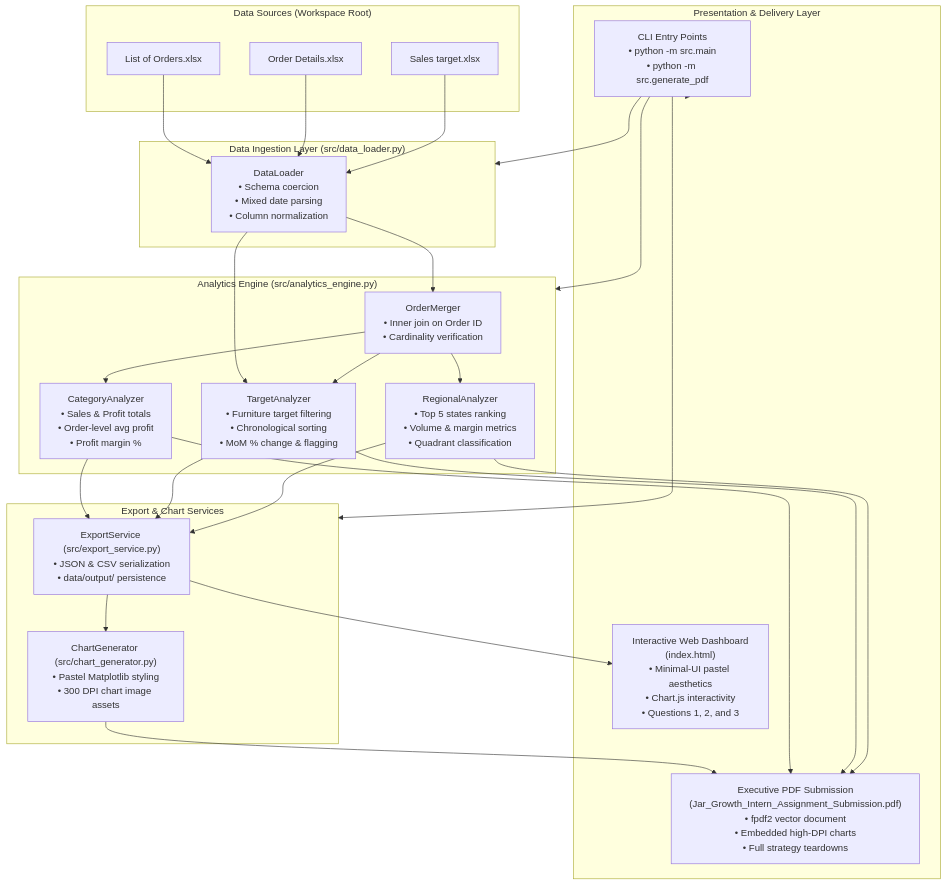
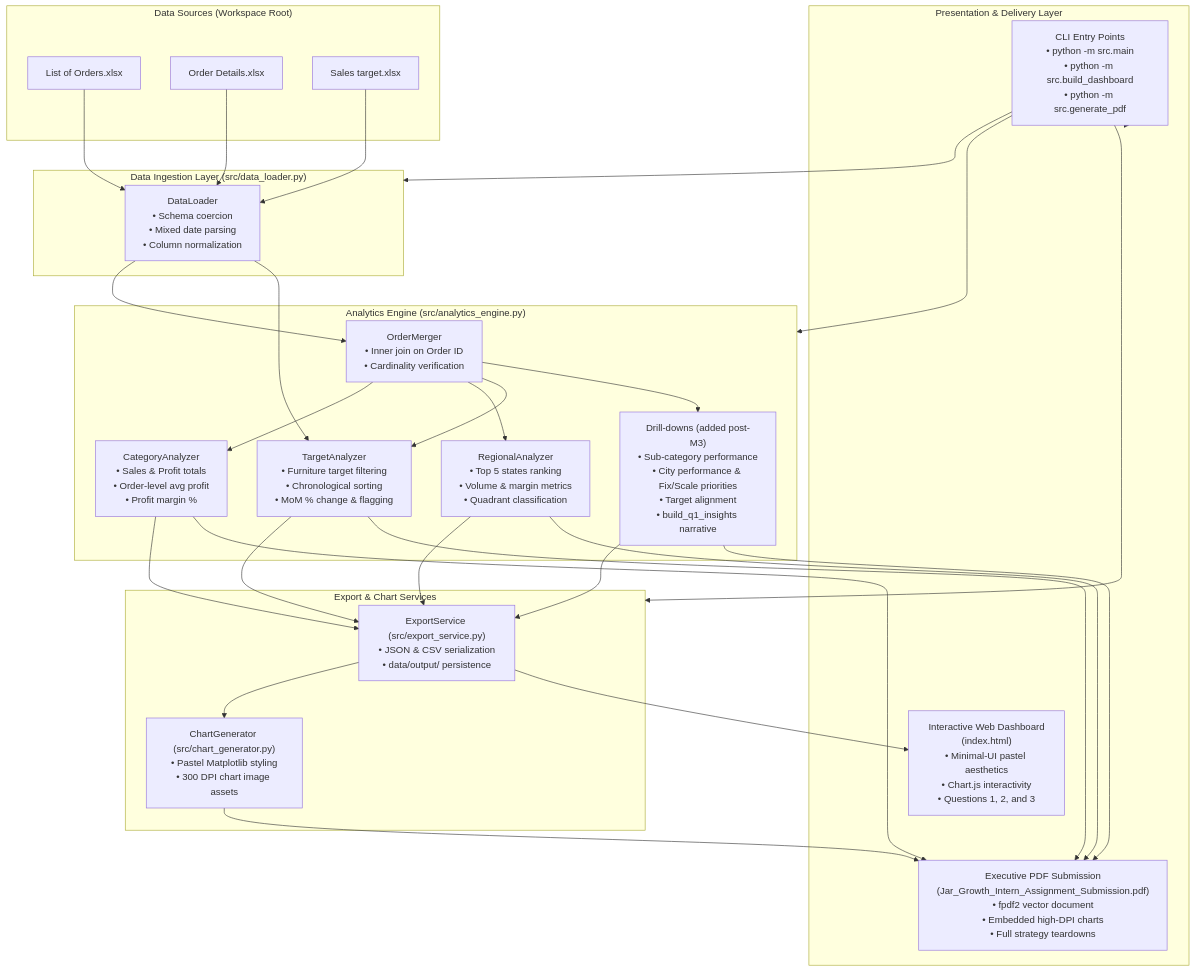
Before and after one commit to jegadeesh17/GrowthInternJar: the diagram in docs/ARCHITECTURE.md, drawn with Mermaid. The commit also changed other lines of this file and 7 other files, not shown here.

First line of the commit message:
docs: sync docs with post-M3 insights and dashboard redesign

````diff
--- a/docs/ARCHITECTURE.md
+++ b/docs/ARCHITECTURE.md
@@ -38,56 +38,60 @@
 ```mermaid
 flowchart TD
     subgraph Data Sources ["Data Sources (Workspace Root)"]
         RawOrders["List of Orders.xlsx"]
         RawDetails["Order Details.xlsx"]
         RawTargets["Sales target.xlsx"]
     end
 
     subgraph Ingestion ["Data Ingestion Layer (src/data_loader.py)"]
         Loader["DataLoader\n• Schema coercion\n• Mixed date parsing\n• Column normalization"]
     end
 
     subgraph Analytics ["Analytics Engine (src/analytics_engine.py)"]
         Merger["OrderMerger\n• Inner join on Order ID\n• Cardinality verification"]
         CatAnalytics["CategoryAnalyzer\n• Sales & Profit totals\n• Order-level avg profit\n• Profit margin %"]
         TargetAnalytics["TargetAnalyzer\n• Furniture target filtering\n• Chronological sorting\n• MoM % change & flagging"]
         StateAnalytics["RegionalAnalyzer\n• Top 5 states ranking\n• Volume & margin metrics\n• Quadrant classification"]
+        DrillDown["Drill-downs (added post-M3)\n• Sub-category performance\n• City performance & Fix/Scale priorities\n• Target alignment\n• build_q1_insights narrative"]
     end
 
     subgraph Export ["Export & Chart Services"]
         Exporter["ExportService (src/export_service.py)\n• JSON & CSV serialization\n• data/output/ persistence"]
         ChartGen["ChartGenerator (src/chart_generator.py)\n• Pastel Matplotlib styling\n• 300 DPI chart image assets"]
     end
 
     subgraph Presentation ["Presentation & Delivery Layer"]
-        CLI["CLI Entry Points\n• python -m src.main\n• python -m src.generate_pdf"]
+        CLI["CLI Entry Points\n• python -m src.main\n• python -m src.build_dashboard\n• python -m src.generate_pdf"]
         WebDash["Interactive Web Dashboard\n(index.html)\n• Minimal-UI pastel aesthetics\n• Chart.js interactivity\n• Questions 1, 2, and 3"]
         ExecPDF["Executive PDF Submission\n(Jar_Growth_Intern_Assignment_Submission.pdf)\n• fpdf2 vector document\n• Embedded high-DPI charts\n• Full strategy teardowns"]
     end
 
     RawOrders --> Loader
     RawDetails --> Loader
     RawTargets --> Loader
 
     Loader --> Merger
     Merger --> CatAnalytics
     Merger --> StateAnalytics
     Loader --> TargetAnalytics
     Merger --> TargetAnalytics
 
     CatAnalytics --> Exporter
     TargetAnalytics --> Exporter
     StateAnalytics --> Exporter
+    Merger --> DrillDown
+    DrillDown --> Exporter
+    DrillDown --> ExecPDF
 
     Exporter --> ChartGen
     ChartGen --> ExecPDF
     CatAnalytics --> ExecPDF
     TargetAnalytics --> ExecPDF
     StateAnalytics --> ExecPDF
 
     Exporter --> WebDash
     CLI --> Ingestion
     CLI --> Analytics
     CLI --> Export
     CLI --> Presentation
 ```
````
